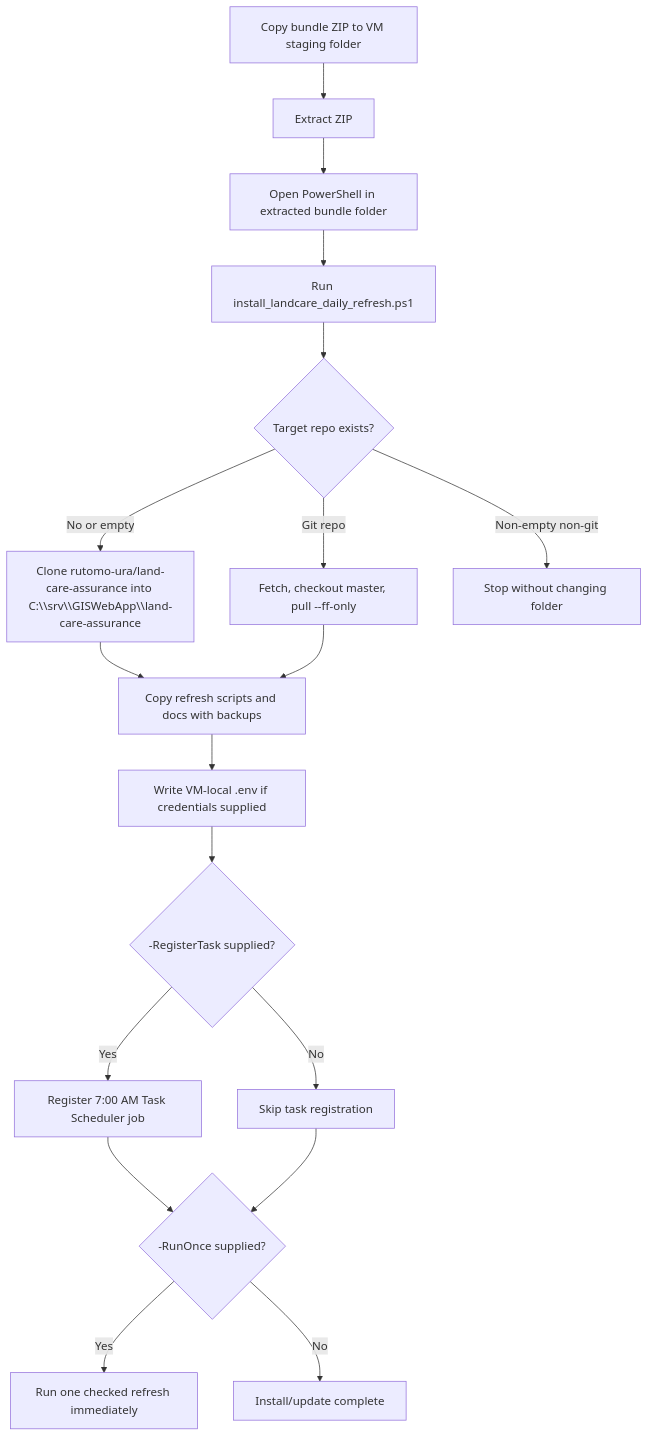
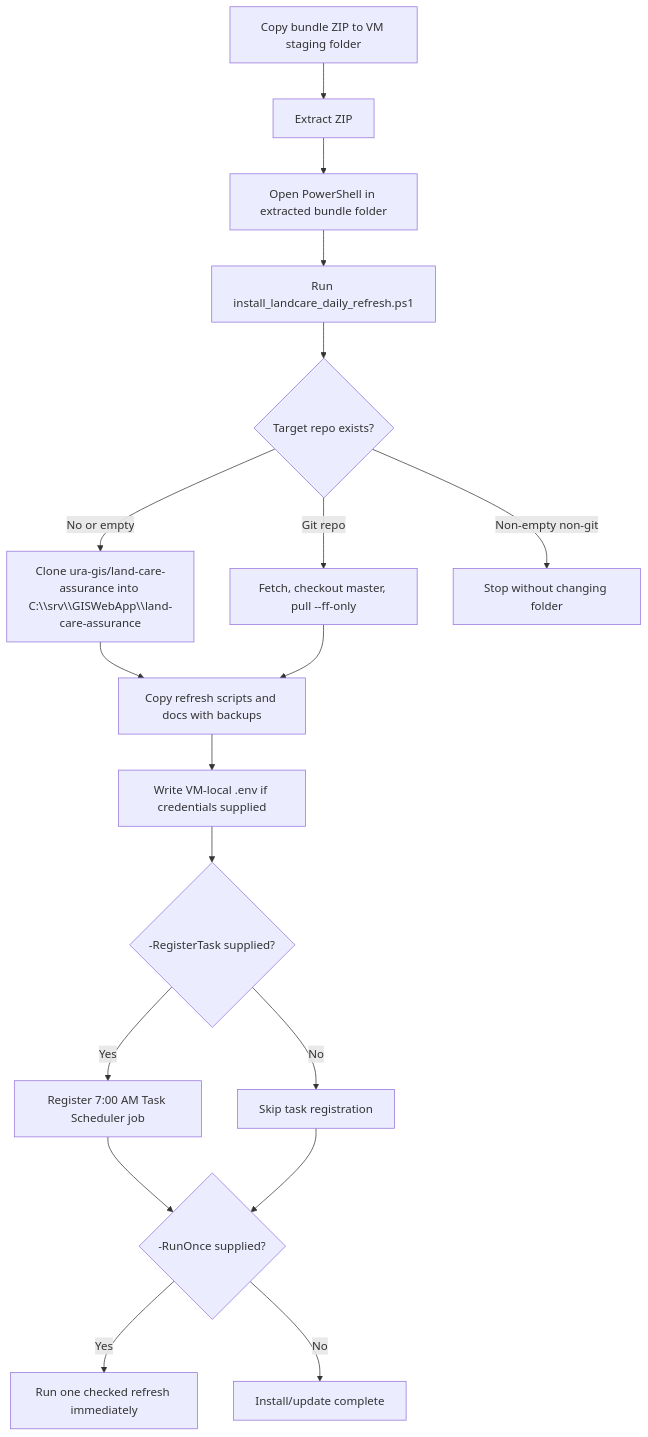
The fourth of 8 diagrams in outputs/landcare-daily-refresh-vm-bundle/docs/task-scheduler-vm-operations.md (rutomo-ura/land-care-assurance), drawn with Mermaid before and after one commit. The commit also changed 29 other files, not shown here.

Commit message:
Prepare LandCare resignation handover

````diff
--- a/outputs/landcare-daily-refresh-vm-bundle/docs/task-scheduler-vm-operations.md
+++ b/outputs/landcare-daily-refresh-vm-bundle/docs/task-scheduler-vm-operations.md
@@ -76,20 +76,20 @@
 ```mermaid
 flowchart TD
     A["Copy bundle ZIP to VM staging folder"] --> B["Extract ZIP"]
     B --> C["Open PowerShell in extracted bundle folder"]
     C --> D["Run install_landcare_daily_refresh.ps1"]
     D --> E{"Target repo exists?"}
-    E -->|No or empty| F["Clone rutomo-ura/land-care-assurance into C:\\srv\\GISWebApp\\land-care-assurance"]
+    E -->|No or empty| F["Clone ura-gis/land-care-assurance into C:\\srv\\GISWebApp\\land-care-assurance"]
     E -->|Git repo| G["Fetch, checkout master, pull --ff-only"]
     E -->|Non-empty non-git| H["Stop without changing folder"]
     F --> I["Copy refresh scripts and docs with backups"]
     G --> I
     I --> J["Write VM-local .env if credentials supplied"]
     J --> K{"-RegisterTask supplied?"}
     K -->|Yes| L["Register 7:00 AM Task Scheduler job"]
     K -->|No| M["Skip task registration"]
     L --> N{"-RunOnce supplied?"}
     M --> N
     N -->|Yes| O["Run one checked refresh immediately"]
     N -->|No| P["Install/update complete"]
 ```
````
